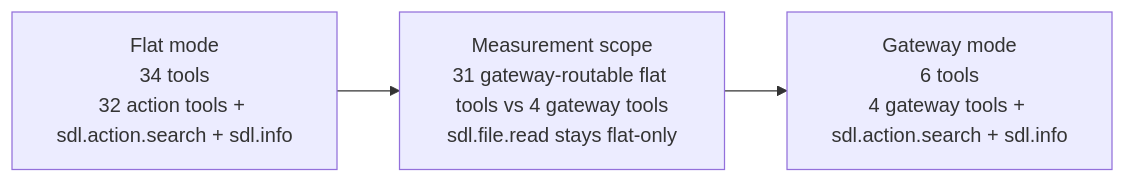
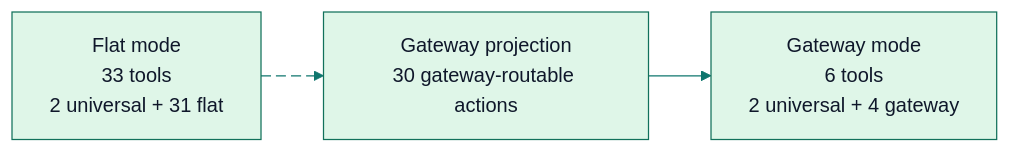
One commit to GlitterKill/sdl-mcp changed the first of 2 diagrams in docs/feature-deep-dives/tool-gateway.md. Above: the diagram before and after it, drawn with Mermaid. The commit also changed other lines of this file and 36 other files, not shown here.

````diff
--- a/docs/feature-deep-dives/tool-gateway.md
+++ b/docs/feature-deep-dives/tool-gateway.md
@@ -13,8 +7,13 @@
 ```mermaid
+%%{init: {"theme":"base","themeVariables":{"primaryColor":"#dff6e8","primaryBorderColor":"#12715b","primaryTextColor":"#0f172a","secondaryColor":"#e0f2fe","secondaryBorderColor":"#1d4ed8","tertiaryColor":"#fff4d6","tertiaryBorderColor":"#b45309","lineColor":"#0f766e","fontFamily":"Trebuchet MS, Arial"},"flowchart":{"curve":"basis"}}}%%
 flowchart LR
-    Flat["Flat mode<br/>34 tools<br/>32 action tools + sdl.action.search + sdl.info"]
-    Compare["Measurement scope<br/>31 gateway-routable flat tools vs 4 gateway tools<br/>sdl.file.read stays flat-only"]
-    Gateway["Gateway mode<br/>6 tools<br/>4 gateway tools + sdl.action.search + sdl.info"]
+    Flat["Flat mode<br/>33 tools<br/>2 universal + 31 flat"]
+    Shrink["Gateway projection<br/>30 gateway-routable actions"]
+    Gateway["Gateway mode<br/>6 tools<br/>2 universal + 4 gateway"]
 
-    Flat --> Compare --> Gateway
+    Flat e1@--> Shrink
+    Shrink --> Gateway
+
+    classDef animate stroke-dasharray: 8\,4,stroke-dashoffset: 240,animation: dash 18s linear infinite;
+    class e1 animate;
 ```
````
